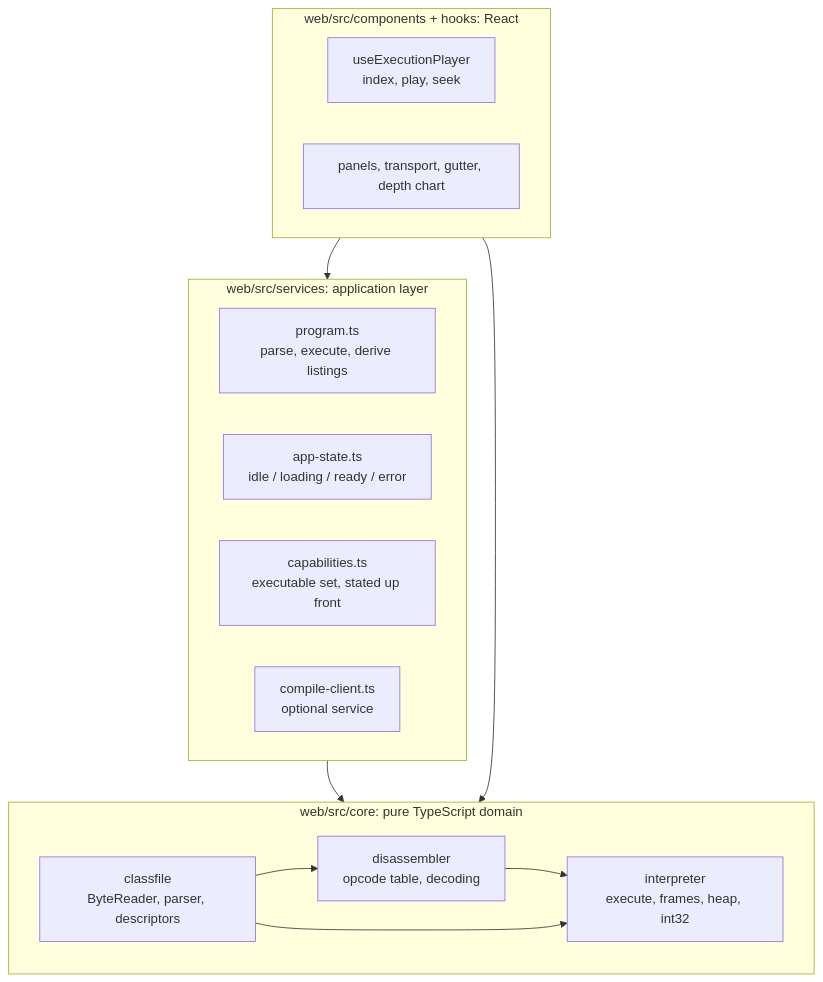
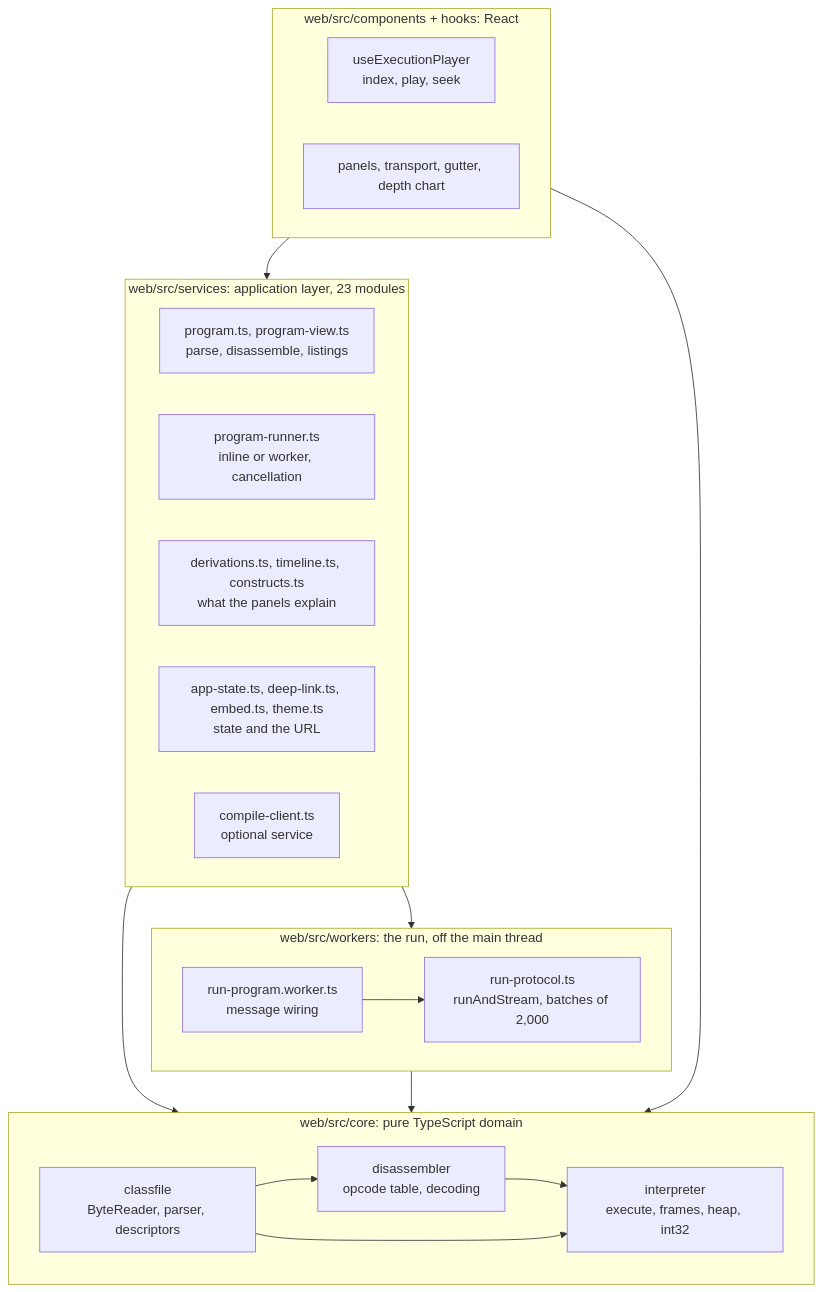
Before and after one commit to mblaszczykowski/JVM-Bytecode-Visualizer: the first of 3 diagrams in docs/architecture.md, drawn with Mermaid. The commit also changed other lines of this file and 19 other files, not shown here.

````diff
--- a/docs/architecture.md
+++ b/docs/architecture.md
@@ -12,24 +12,32 @@
 ```mermaid
 flowchart TD
   subgraph core["web/src/core: pure TypeScript domain"]
     classfile["classfile<br/>ByteReader, parser, descriptors"]
     disassembler["disassembler<br/>opcode table, decoding"]
     interpreter["interpreter<br/>execute, frames, heap, int32"]
     classfile --> disassembler
     disassembler --> interpreter
     classfile --> interpreter
   end
-  subgraph app["web/src/services: application layer"]
-    program["program.ts<br/>parse, execute, derive listings"]
-    state["app-state.ts<br/>idle / loading / ready / error"]
-    capabilities["capabilities.ts<br/>executable set, stated up front"]
+  subgraph worker["web/src/workers: the run, off the main thread"]
+    protocol["run-protocol.ts<br/>runAndStream, batches of 2,000"]
+    shim["run-program.worker.ts<br/>message wiring"]
+    shim --> protocol
+  end
+  subgraph app["web/src/services: application layer, 23 modules"]
+    program["program.ts, program-view.ts<br/>parse, disassemble, listings"]
+    runner["program-runner.ts<br/>inline or worker, cancellation"]
+    derive["derivations.ts, timeline.ts, constructs.ts<br/>what the panels explain"]
+    state["app-state.ts, deep-link.ts, embed.ts, theme.ts<br/>state and the URL"]
     compileClient["compile-client.ts<br/>optional service"]
   end
   subgraph ui["web/src/components + hooks: React"]
     player["useExecutionPlayer<br/>index, play, seek"]
     panels["panels, transport, gutter, depth chart"]
   end
   app --> core
+  app --> worker
+  worker --> core
   ui --> app
   ui --> core
 ```
````
